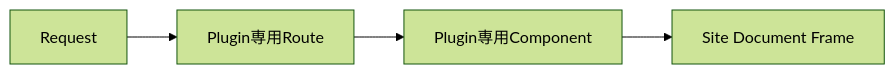
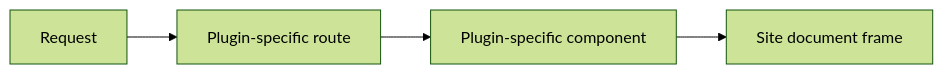
One commit to Rerurate514/riebeckite changed the fifth of 14 diagrams in docs/docs/framework/page-system.md. Above: the diagram before and after it, drawn with Mermaid (forest theme). The commit also changed other lines of this file and 604 other files, not shown here.

````diff
--- a/docs/docs/framework/page-system.md
+++ b/docs/docs/framework/page-system.md
@@ -116,11 +124,11 @@
-```mermaid id="5bcyu3"
+```mermaid
 flowchart LR
     Request["Request"]
-    Route["Plugin専用Route"]
-    Component["Plugin専用Component"]
-    Frame["Site Document Frame"]
+    Route["Plugin-specific route"]
+    Component["Plugin-specific component"]
+    Frame["Site document frame"]
 
     Request --> Route
     Route --> Component
     Component --> Frame
 ```
````
